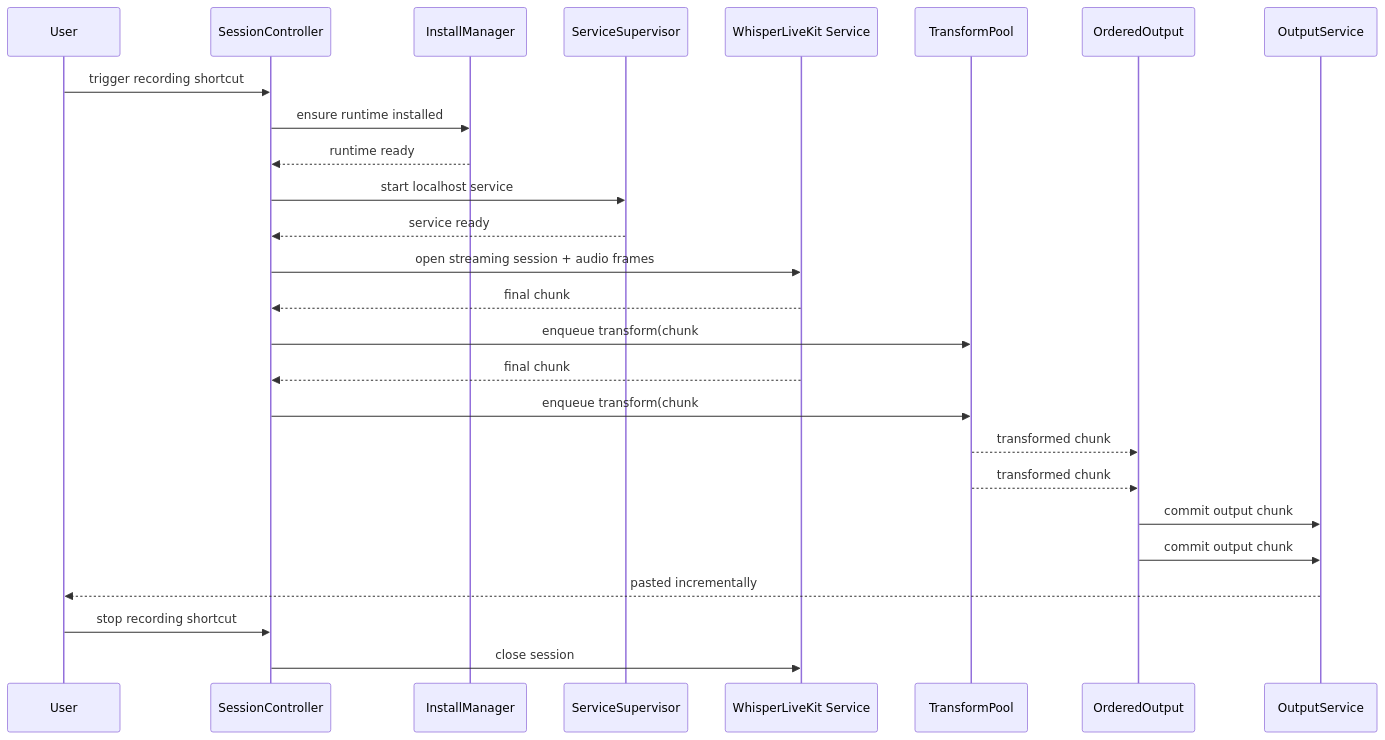
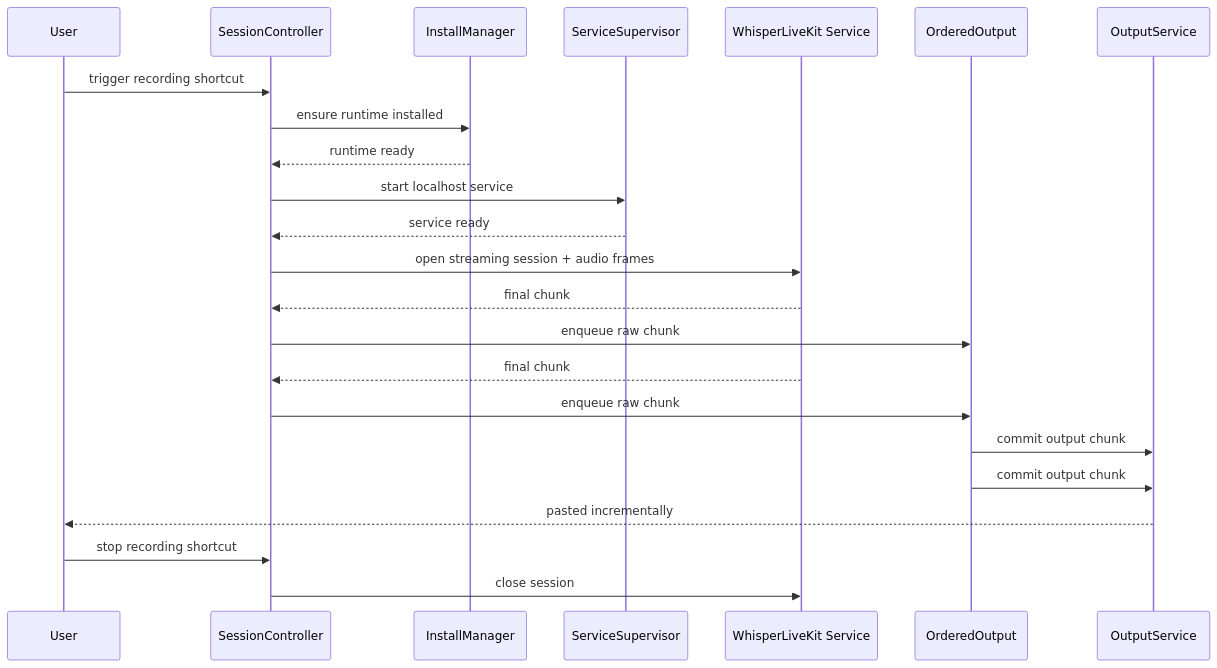
The eighth of 8 diagrams in specs/spec.md (massun-onibakuchi/speech-to-text-app), drawn with Mermaid before and after one commit. The commit also changed other lines of this file and 27 other files, not shown here.

````diff
--- a/specs/spec.md
+++ b/specs/spec.md
@@ -1033,29 +1030,26 @@
 ```mermaid
 sequenceDiagram
   participant U as User
   participant S as SessionController
   participant I as InstallManager
   participant V as ServiceSupervisor
   participant H as WhisperLiveKit Service
-  participant T as TransformPool
   participant OC as OrderedOutput
   participant O as OutputService
 
   U->>S: trigger recording shortcut
   S->>I: ensure runtime installed
   I-->>S: runtime ready
   S->>V: start localhost service
   V-->>S: service ready
   S->>H: open streaming session + audio frames
   H-->>S: final chunk #1 text
-  S->>T: enqueue transform(chunk #1)
+  S->>OC: enqueue raw chunk #1
   H-->>S: final chunk #2 text
-  S->>T: enqueue transform(chunk #2)
-  T-->>OC: transformed chunk #2 (ready first)
-  T-->>OC: transformed chunk #1
+  S->>OC: enqueue raw chunk #2
   OC->>O: commit output chunk #1
   OC->>O: commit output chunk #2
   O-->>U: pasted incrementally
   U->>S: stop recording shortcut
   S->>H: close session
 ```
````
